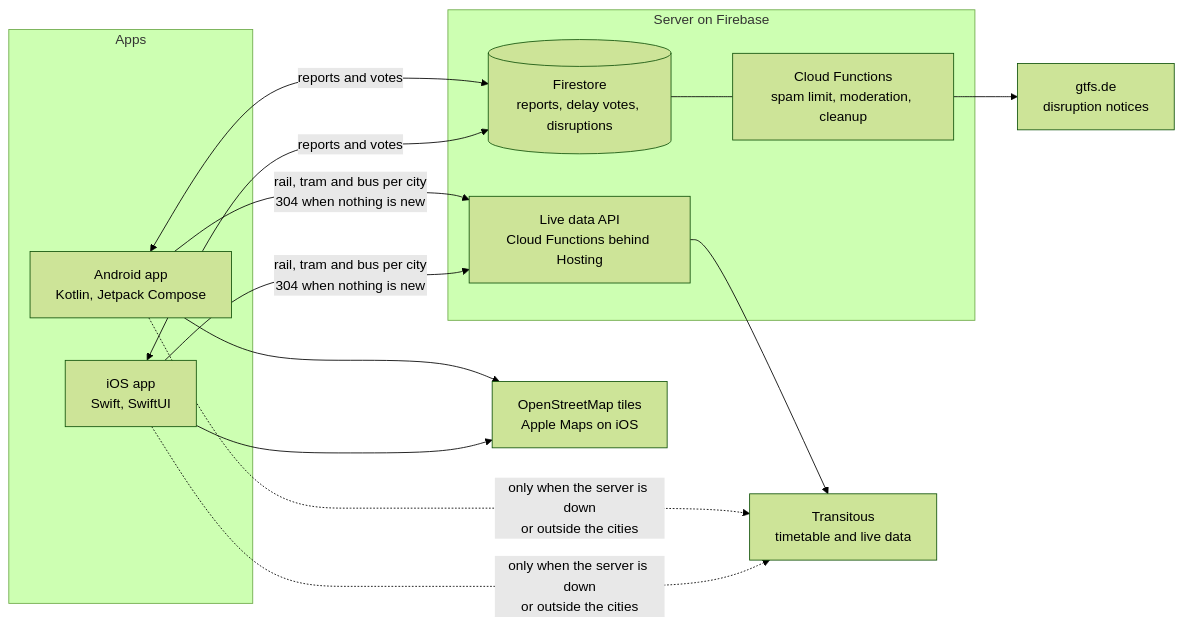
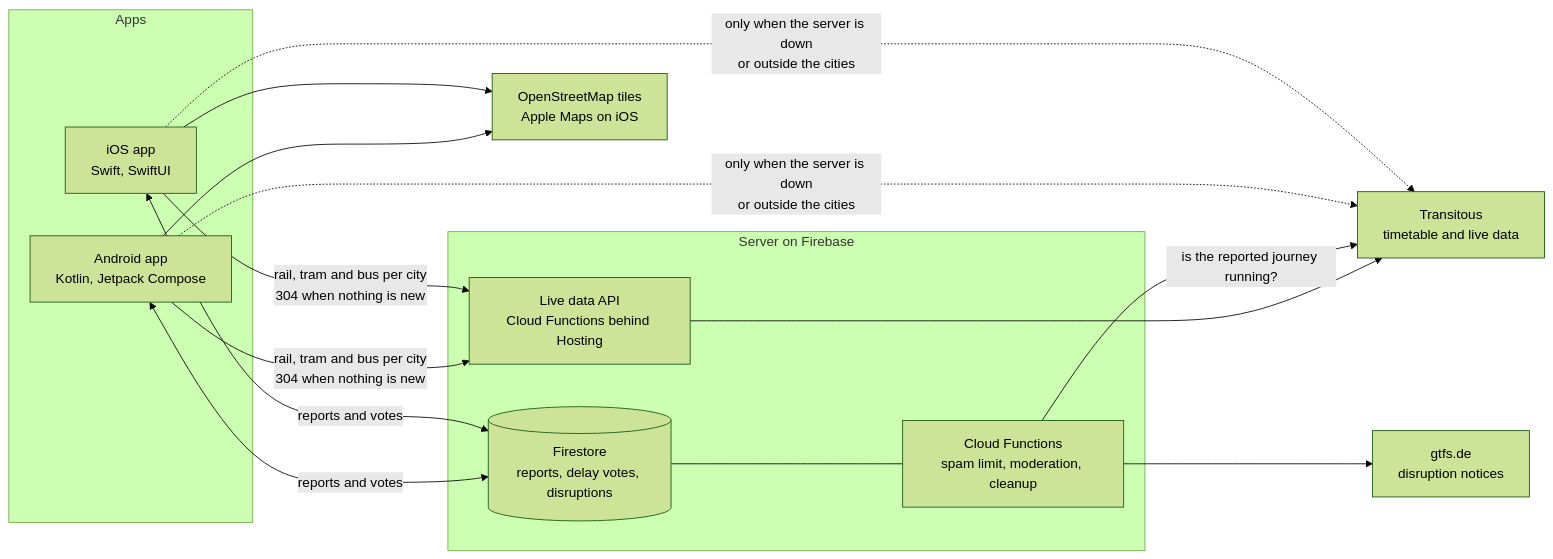
One commit to John99101/Train2Track changed the diagram in README.md. Above: the diagram before and after it, drawn with Mermaid (forest theme). The commit also changed other lines of this file and 27 other files, not shown here.

Commit message:
Reports: the colour of the "!" follows the number of riders and the journey page shows the count, "On board" counts only on journeys running now, two "Has left" now clear the "!" on the reporter's phone too; README: eleven cities, App Store and Google Play status

````diff
--- a/README.md
+++ b/README.md
@@ -107,23 +111,24 @@
 ```mermaid
 flowchart LR
   subgraph Apps
     A[Android app<br>Kotlin, Jetpack Compose]
     I[iOS app<br>Swift, SwiftUI]
   end
   subgraph Server[Server on Firebase]
     H[Live data API<br>Cloud Functions behind Hosting]
     F[(Firestore<br>reports, delay votes, disruptions)]
     C[Cloud Functions<br>spam limit, moderation, cleanup]
   end
   T[Transitous<br>timetable and live data]
   G[gtfs.de<br>disruption notices]
   M[OpenStreetMap tiles<br>Apple Maps on iOS]
 
   A & I -->|rail, tram and bus per city<br>304 when nothing is new| H
   A & I <-->|reports and votes| F
   F --- C
   H --> T
+  C -->|is the reported journey running?| T
   C --> G
   A & I --> M
   A & I -.->|only when the server is down<br>or outside the cities| T
 ```
````
